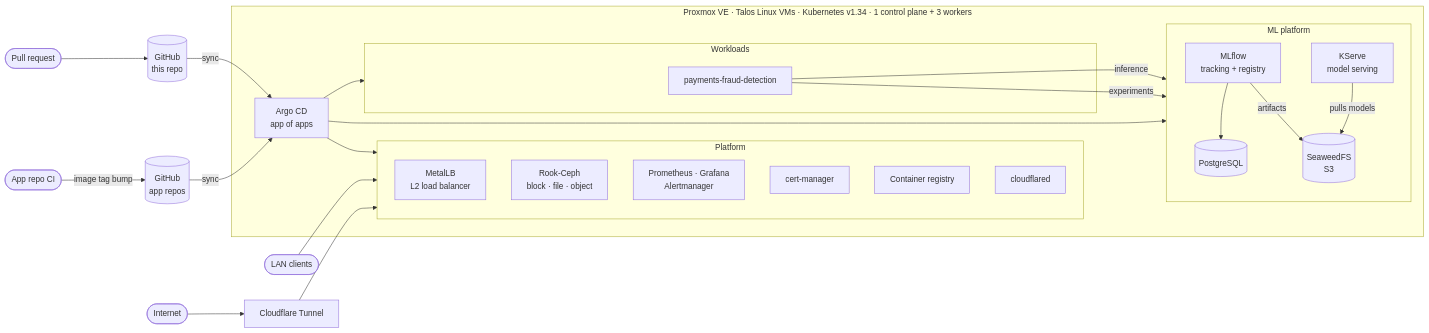
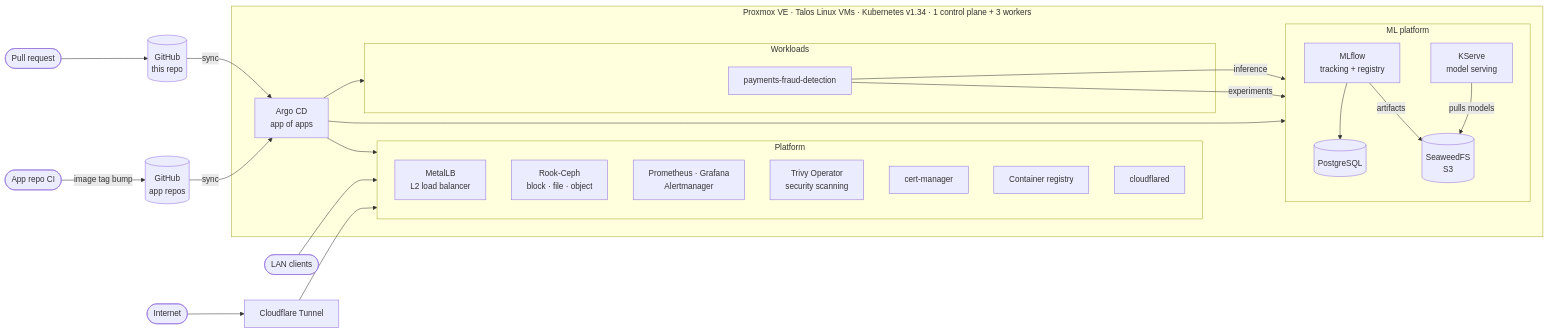
The first of 2 diagrams in README.md (jstrebeck/Homelab-Configuration), drawn with Mermaid before and after one commit. The commit also changed other lines of this file and 11 other files, not shown here.

First line of the commit message:
Trivy Operator: in-cluster vulnerability and config scanning via Argo CD

````diff
--- a/README.md
+++ b/README.md
@@ -16,44 +16,45 @@
 ```mermaid
 flowchart LR
   dev([Pull request]) --> gh[(GitHub<br/>this repo)]
   app([App repo CI]) -- image tag bump --> ghapp[(GitHub<br/>app repos)]
 
   subgraph cluster["Proxmox VE · Talos Linux VMs · Kubernetes v1.34 · 1 control plane + 3 workers"]
     argo[Argo CD<br/>app of apps]
 
     subgraph platform[Platform]
       direction TB
       metallb[MetalLB<br/>L2 load balancer]
       ceph[Rook-Ceph<br/>block · file · object]
       obs[Prometheus · Grafana<br/>Alertmanager]
+      trivy[Trivy Operator<br/>security scanning]
       certm[cert-manager]
       reg[Container registry]
       cfd[cloudflared]
     end
 
     subgraph ml[ML platform]
       direction TB
       mlflow[MLflow<br/>tracking + registry]
       kserve[KServe<br/>model serving]
       s3[(SeaweedFS<br/>S3)]
       pg[(PostgreSQL)]
     end
 
     subgraph workloads[Workloads]
       fraud[payments-fraud-detection]
     end
   end
 
   gh -- sync --> argo
   ghapp -- sync --> argo
   argo --> platform & ml & workloads
 
   mlflow --> pg
   mlflow -- artifacts --> s3
   kserve -- pulls models --> s3
   fraud -- inference --> kserve
   fraud -- experiments --> mlflow
 
   lan([LAN clients]) --> metallb
   internet([Internet]) --> tunnel[Cloudflare Tunnel] --> cfd
 ```
````
